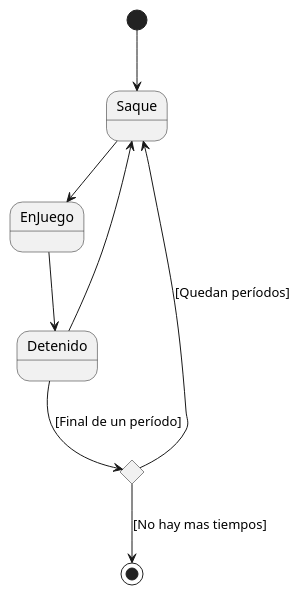
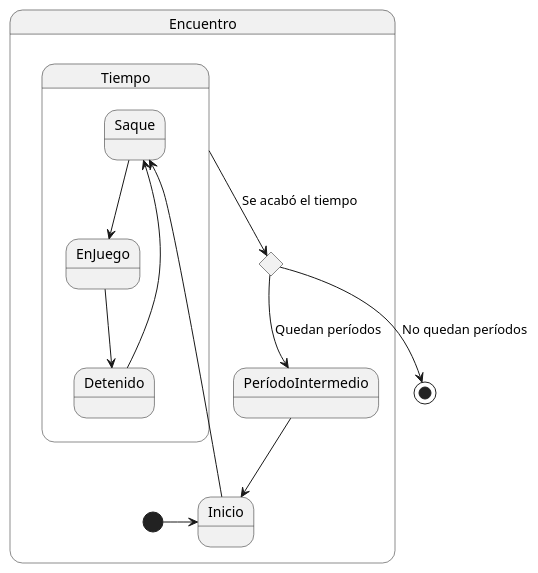
One commit to mmasias/IdSw1-22-23 changed the diagram in actividades/001-futbol/ibuprofenoFernandez/diagramaDeEstados.puml. Above: the diagram before and after it, drawn with PlantUML.

```diff
--- a/actividades/001-futbol/ibuprofenoFernandez/diagramaDeEstados.puml
+++ b/actividades/001-futbol/ibuprofenoFernandez/diagramaDeEstados.puml
@@ -1,20 +1,24 @@
 @startuml
 
-state Inicio <<start>>
-state Saque
-state EnJuego
-state Detenido
-state Pausa <<choice>>
-state Fin <<end>>
+State Encuentro {
+  [*] -> Inicio
+  State reloj <<choice>>
+  State Inicio
+  State PeríodoIntermedio
 
-Inicio --> Saque
-Saque --> EnJuego
-EnJuego --> Detenido
-Detenido --> Pausa : [Final de un período]
-Detenido --> Saque
+  State Tiempo {
+    Saque --> EnJuego
+    EnJuego --> Detenido
+    Detenido --> Saque  
+  }
 
+  Inicio --> Saque
+}
 
-Pausa --> Fin : [No hay mas tiempos]
-Pausa --> Saque : [Quedan períodos]
+Tiempo --> reloj : Se acabó el tiempo
+reloj --> PeríodoIntermedio : Quedan períodos
+reloj --> [*] : No quedan períodos
+
+PeríodoIntermedio --> Inicio
 
 @enduml
```
